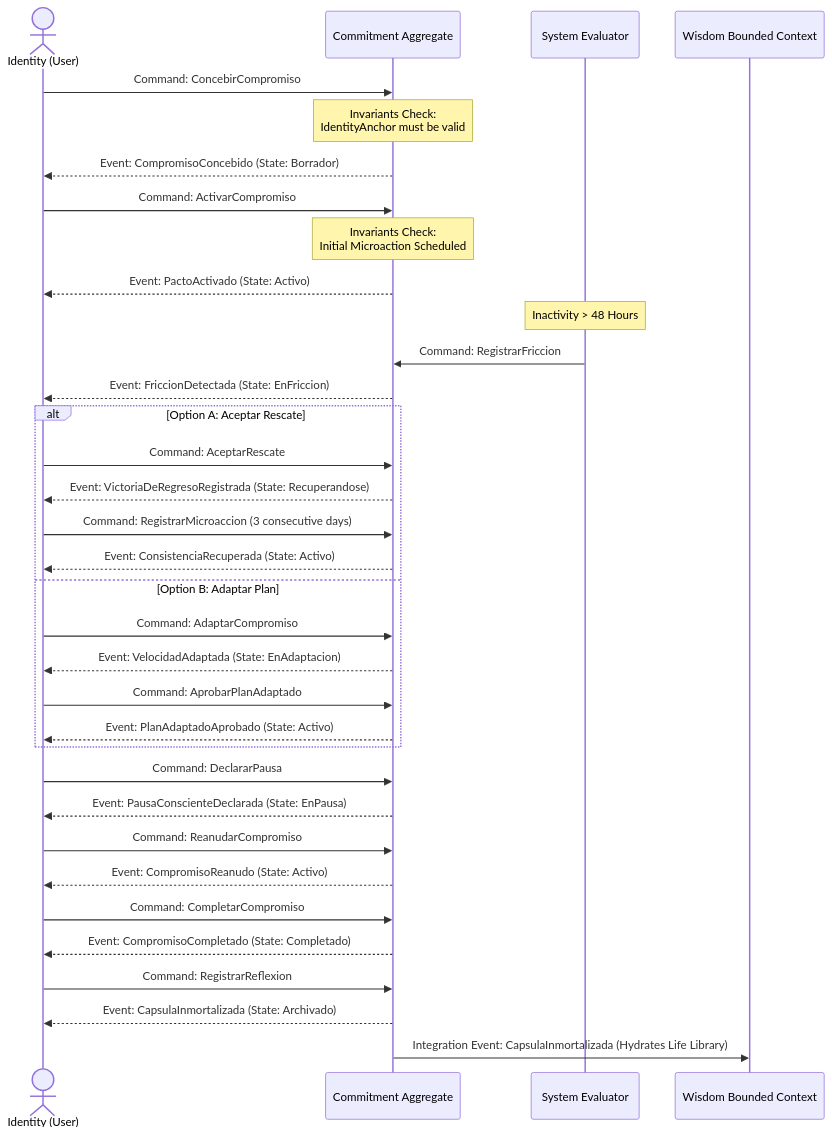
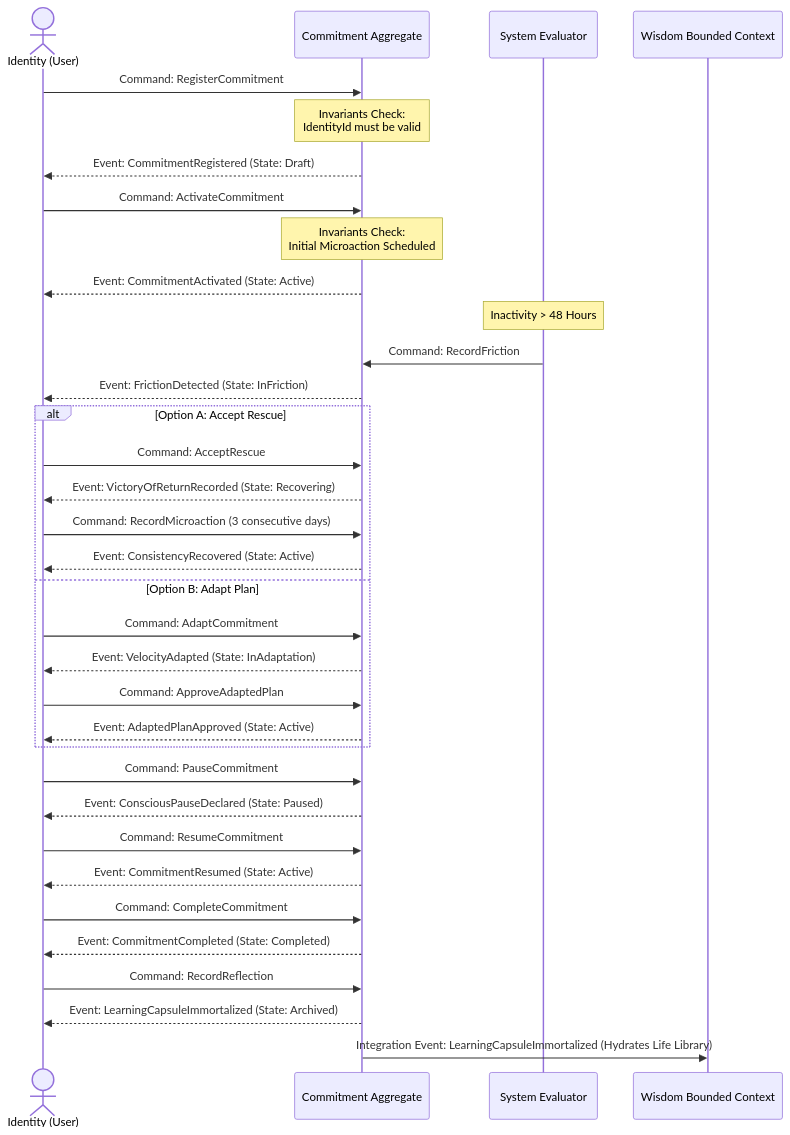
Before and after one commit to yerethmultimedia-star/commitment-v2: the diagram in packages/domain/docs/commitment-event-storming.md, drawn with Mermaid. The commit also changed other lines of this file and 4 other files, not shown here.

````diff
--- a/packages/domain/docs/commitment-event-storming.md
+++ b/packages/domain/docs/commitment-event-storming.md
@@ -18,50 +18,50 @@
 ```mermaid
 sequenceDiagram
     actor User as Identity (User)
     participant C as Commitment Aggregate
     participant S as System Evaluator
     participant W as Wisdom Bounded Context
 
     %% Phase 1: Conception
-    User->>C: Command: ConcebirCompromiso
-    Note over C: Invariants Check:<br/>IdentityAnchor must be valid
-    C-->>User: Event: CompromisoConcebido (State: Borrador)
+    User->>C: Command: RegisterCommitment
+    Note over C: Invariants Check:<br/>IdentityId must be valid
+    C-->>User: Event: CommitmentRegistered (State: Draft)
 
     %% Phase 2: Activation
-    User->>C: Command: ActivarCompromiso
+    User->>C: Command: ActivateCommitment
     Note over C: Invariants Check:<br/>Initial Microaction Scheduled
-    C-->>User: Event: PactoActivado (State: Activo)
+    C-->>User: Event: CommitmentActivated (State: Active)
 
     %% Phase 3: Friction Detection
     Note over S: Inactivity > 48 Hours
-    S->>C: Command: RegistrarFriccion
-    C-->>User: Event: FriccionDetectada (State: EnFriccion)
+    S->>C: Command: RecordFriction
+    C-->>User: Event: FrictionDetected (State: InFriction)
 
     %% Phase 4: Resilience Recovery
-    alt Option A: Aceptar Rescate
-        User->>C: Command: AceptarRescate
-        C-->>User: Event: VictoriaDeRegresoRegistrada (State: Recuperandose)
-        User->>C: Command: RegistrarMicroaccion (3 consecutive days)
-        C-->>User: Event: ConsistenciaRecuperada (State: Activo)
-    else Option B: Adaptar Plan
-        User->>C: Command: AdaptarCompromiso
-        C-->>User: Event: VelocidadAdaptada (State: EnAdaptacion)
-        User->>C: Command: AprobarPlanAdaptado
-        C-->>User: Event: PlanAdaptadoAprobado (State: Activo)
+    alt Option A: Accept Rescue
+        User->>C: Command: AcceptRescue
+        C-->>User: Event: VictoryOfReturnRecorded (State: Recovering)
+        User->>C: Command: RecordMicroaction (3 consecutive days)
+        C-->>User: Event: ConsistencyRecovered (State: Active)
+    else Option B: Adapt Plan
+        User->>C: Command: AdaptCommitment
+        C-->>User: Event: VelocityAdapted (State: InAdaptation)
+        User->>C: Command: ApproveAdaptedPlan
+        C-->>User: Event: AdaptedPlanApproved (State: Active)
     end
 
     %% Phase 5: Pausing
-    User->>C: Command: DeclararPausa
-    C-->>User: Event: PausaConscienteDeclarada (State: EnPausa)
-    User->>C: Command: ReanudarCompromiso
-    C-->>User: Event: CompromisoReanudo (State: Activo)
+    User->>C: Command: PauseCommitment
+    C-->>User: Event: ConsciousPauseDeclared (State: Paused)
+    User->>C: Command: ResumeCommitment
+    C-->>User: Event: CommitmentResumed (State: Active)
 
     %% Phase 6: Completion
-    User->>C: Command: CompletarCompromiso
-    C-->>User: Event: CompromisoCompletado (State: Completado)
+    User->>C: Command: CompleteCommitment
+    C-->>User: Event: CommitmentCompleted (State: Completed)
 
     %% Phase 7: Archiving
-    User->>C: Command: RegistrarReflexion
-    C-->>User: Event: CapsulaInmortalizada (State: Archivado)
-    C->>W: Integration Event: CapsulaInmortalizada (Hydrates Life Library)
+    User->>C: Command: RecordReflection
+    C-->>User: Event: LearningCapsuleImmortalized (State: Archived)
+    C->>W: Integration Event: LearningCapsuleImmortalized (Hydrates Life Library)
 ```
````
